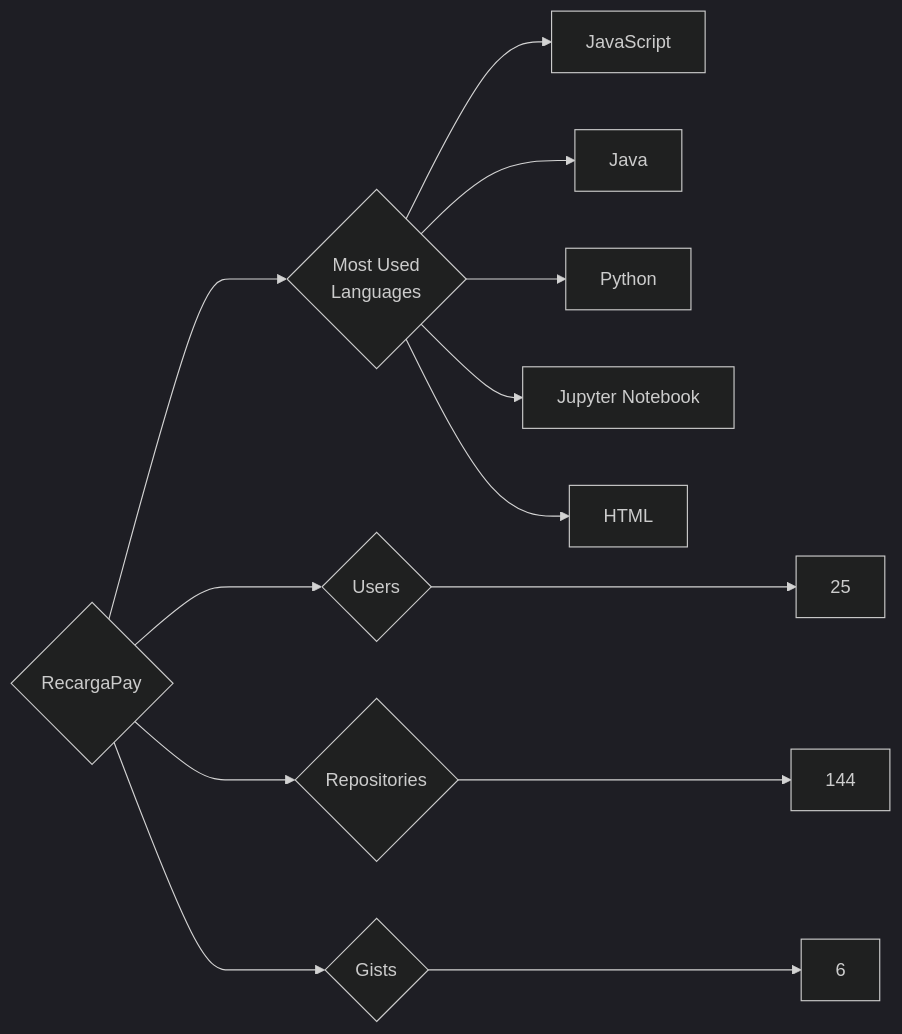
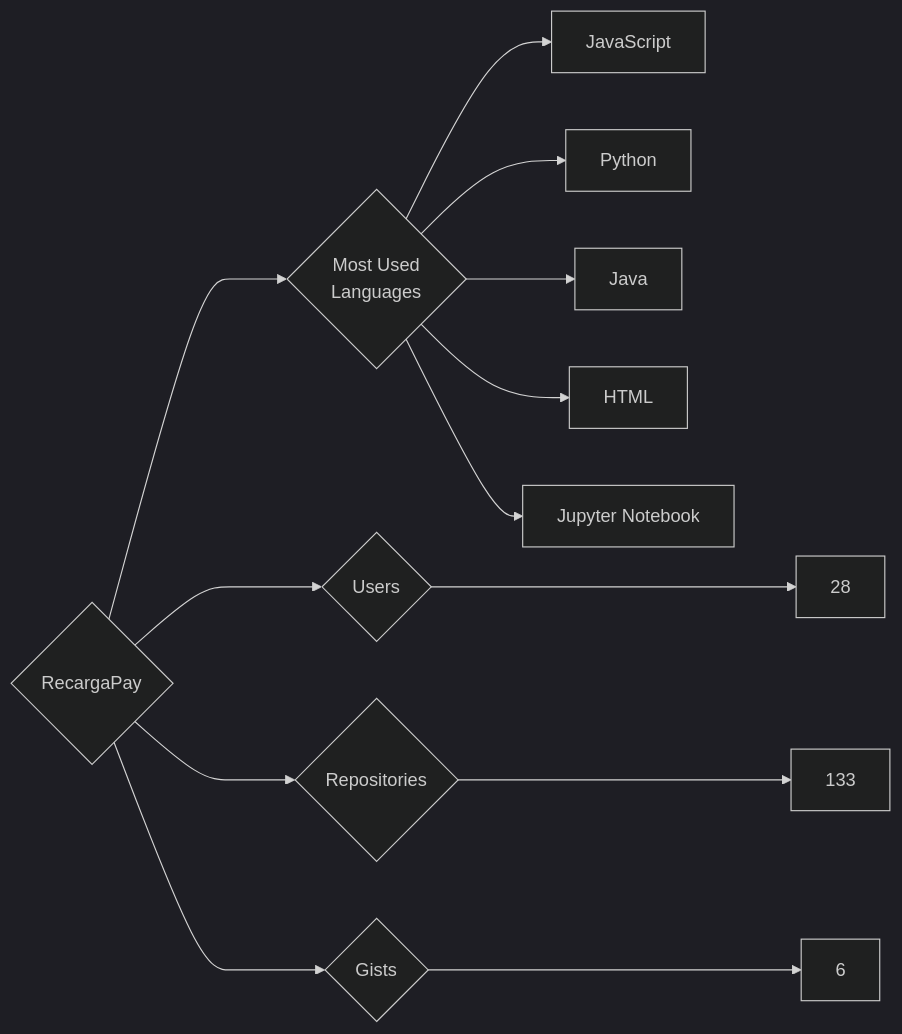
Before and after one commit to trickest/insiders: the diagram in targets/RecargaPay/README.md, drawn with Mermaid (dark theme). The commit also changed 715 other files, not shown here.

````diff
--- a/targets/RecargaPay/README.md
+++ b/targets/RecargaPay/README.md
@@ -3,13 +3,13 @@
 ```mermaid
 graph LR
 COMPANY_NAME{RecargaPay}
-COMPANY_NAME ---> U{Users} ---> UN[25]
-COMPANY_NAME ---> R{Repositories} ---> RN[144]
+COMPANY_NAME ---> U{Users} ---> UN[28]
+COMPANY_NAME ---> R{Repositories} ---> RN[133]
 COMPANY_NAME ---> G{Gists} ---> GN[6]
 COMPANY_NAME ---> ML{Most Used<br>Languages}
 ML --> JavaScript[JavaScript]
+ML --> Python[Python]
 ML --> Java[Java]
-ML --> Python[Python]
+ML --> HTML[HTML]
 ML --> Jupyter_Notebook[Jupyter Notebook]
-ML --> HTML[HTML]
 ```
````
